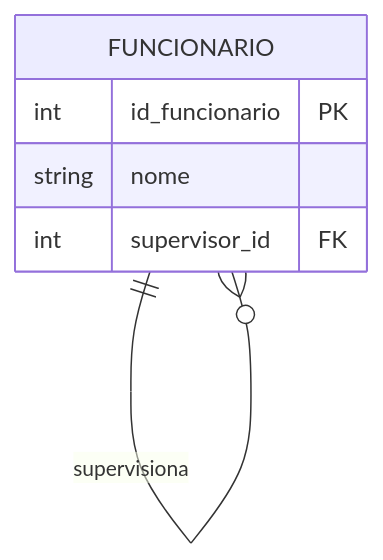
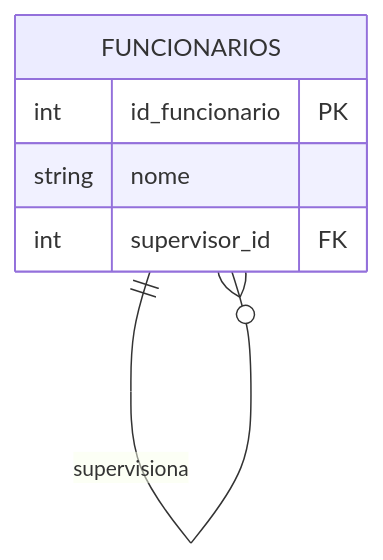
One commit to GTI-Fatec-Jahu/BDA-GTI-2026-2 changed the ninth of 13 diagrams in docs/aulas/Aula_03_Relacionamentos_Cardinalidade.md. Above: the diagram before and after it, drawn with Mermaid. The commit also changed other lines of this file and 5 other files, not shown here.

````diff
--- a/docs/aulas/Aula_03_Relacionamentos_Cardinalidade.md
+++ b/docs/aulas/Aula_03_Relacionamentos_Cardinalidade.md
@@ -753,9 +753,9 @@
 ```mermaid
 erDiagram
-    FUNCIONARIO {
+    FUNCIONARIOS {
         int id_funcionario PK
         string nome
         int supervisor_id FK
     }
-    FUNCIONARIO ||--o{ FUNCIONARIO : "supervisiona"
+    FUNCIONARIOS ||--o{ FUNCIONARIOS : "supervisiona"
 ```
````
